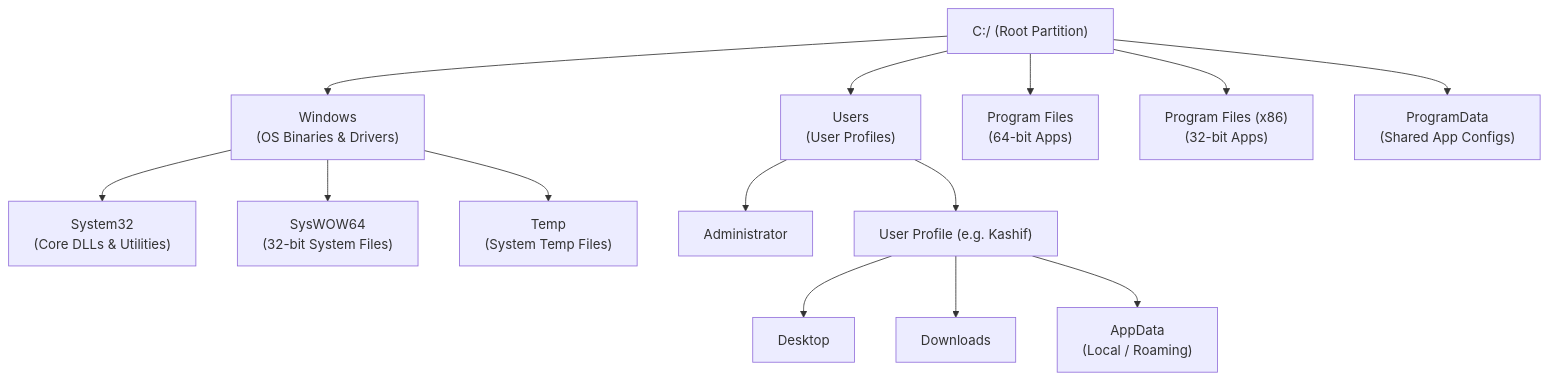
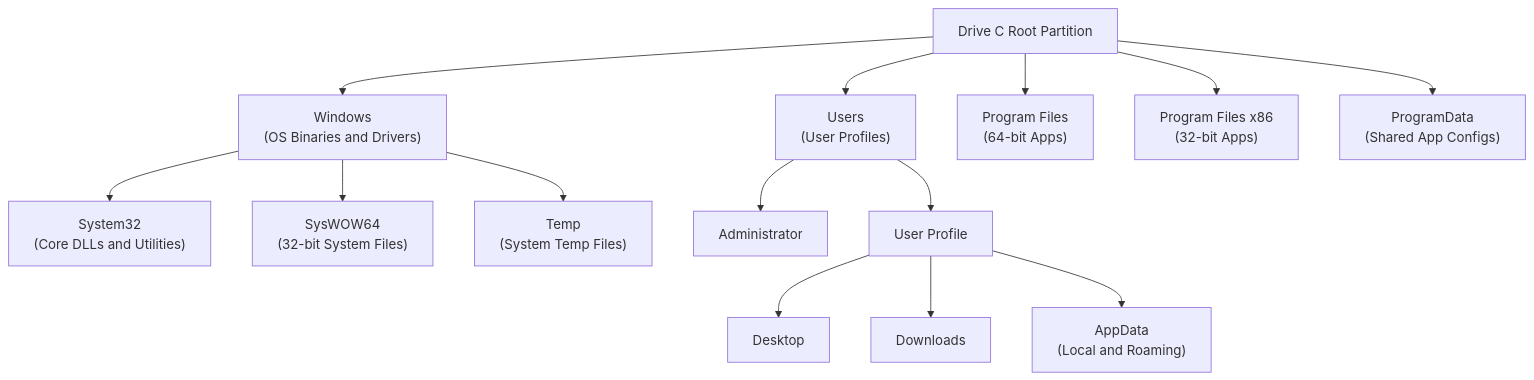
Before and after one commit to Kashif-Mashi/Blue-Team-Handbook: the seventh of 10 diagrams in Windows/Fundamentals/Chapter 03 — Windows File System & File Explorer.md, drawn with Mermaid. The commit also changed other lines of this file and 1 other file, not shown here.

````diff
--- a/Windows/Fundamentals/Chapter 03 — Windows File System & File Explorer.md
+++ b/Windows/Fundamentals/Chapter 03 — Windows File System & File Explorer.md
@@ -397,18 +397,18 @@
 ```mermaid
 graph TD
-    Root["C:/ (Root Partition)"] --> Windows["Windows<br/>(OS Binaries & Drivers)"]
-    Root --> Users["Users<br/>(User Profiles)"]
-    Root --> ProgFiles["Program Files<br/>(64-bit Apps)"]
-    Root --> ProgFiles86["Program Files (x86)<br/>(32-bit Apps)"]
-    Root --> ProgData["ProgramData<br/>(Shared App Configs)"]
+    Root["Drive C Root Partition"] --> Windows["Windows<br>(OS Binaries and Drivers)"]
+    Root --> Users["Users<br>(User Profiles)"]
+    Root --> ProgFiles["Program Files<br>(64-bit Apps)"]
+    Root --> ProgFiles86["Program Files x86<br>(32-bit Apps)"]
+    Root --> ProgData["ProgramData<br>(Shared App Configs)"]
 
-    Windows --> System32["System32<br/>(Core DLLs & Utilities)"]
-    Windows --> SysWOW64["SysWOW64<br/>(32-bit System Files)"]
-    Windows --> Temp["Temp<br/>(System Temp Files)"]
+    Windows --> System32["System32<br>(Core DLLs and Utilities)"]
+    Windows --> SysWOW64["SysWOW64<br>(32-bit System Files)"]
+    Windows --> Temp["Temp<br>(System Temp Files)"]
 
     Users --> AdminProfile["Administrator"]
-    Users --> UserProfile["User Profile (e.g. Kashif)"]
+    Users --> UserProfile["User Profile"]
     UserProfile --> Desktop["Desktop"]
     UserProfile --> Downloads["Downloads"]
-    UserProfile --> AppData["AppData<br/>(Local / Roaming)"]
+    UserProfile --> AppData["AppData<br>(Local and Roaming)"]
 ```
````
